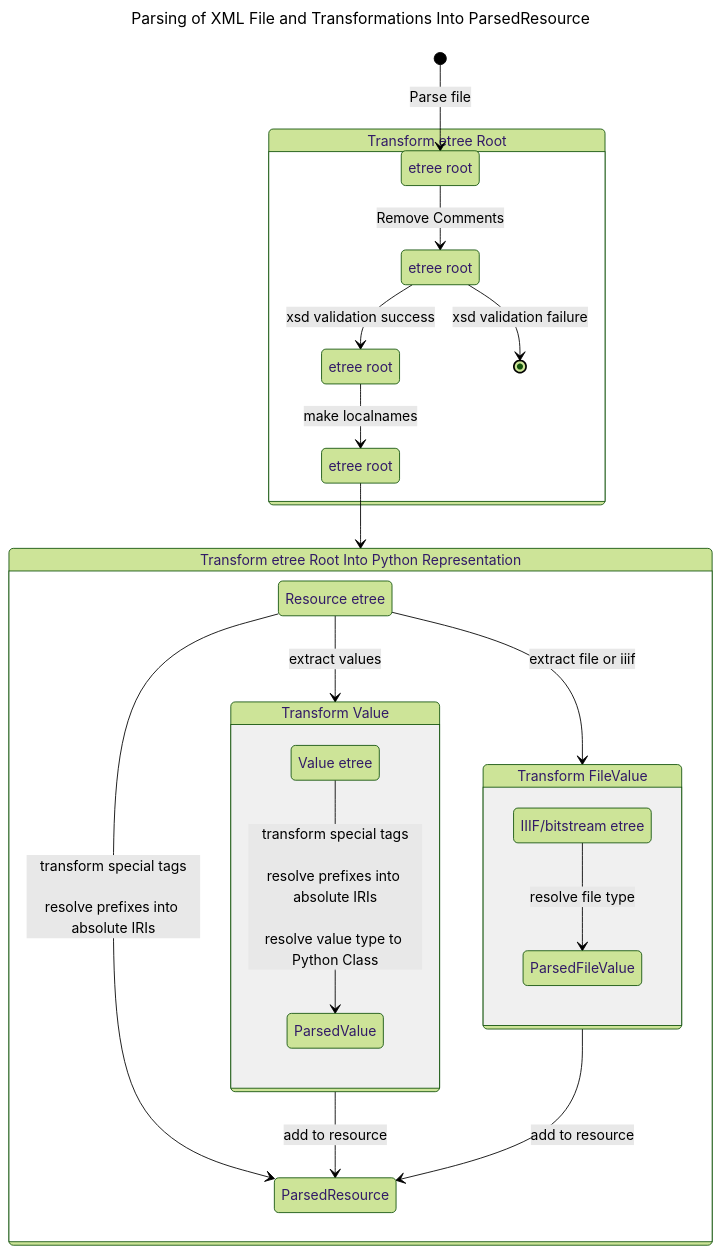
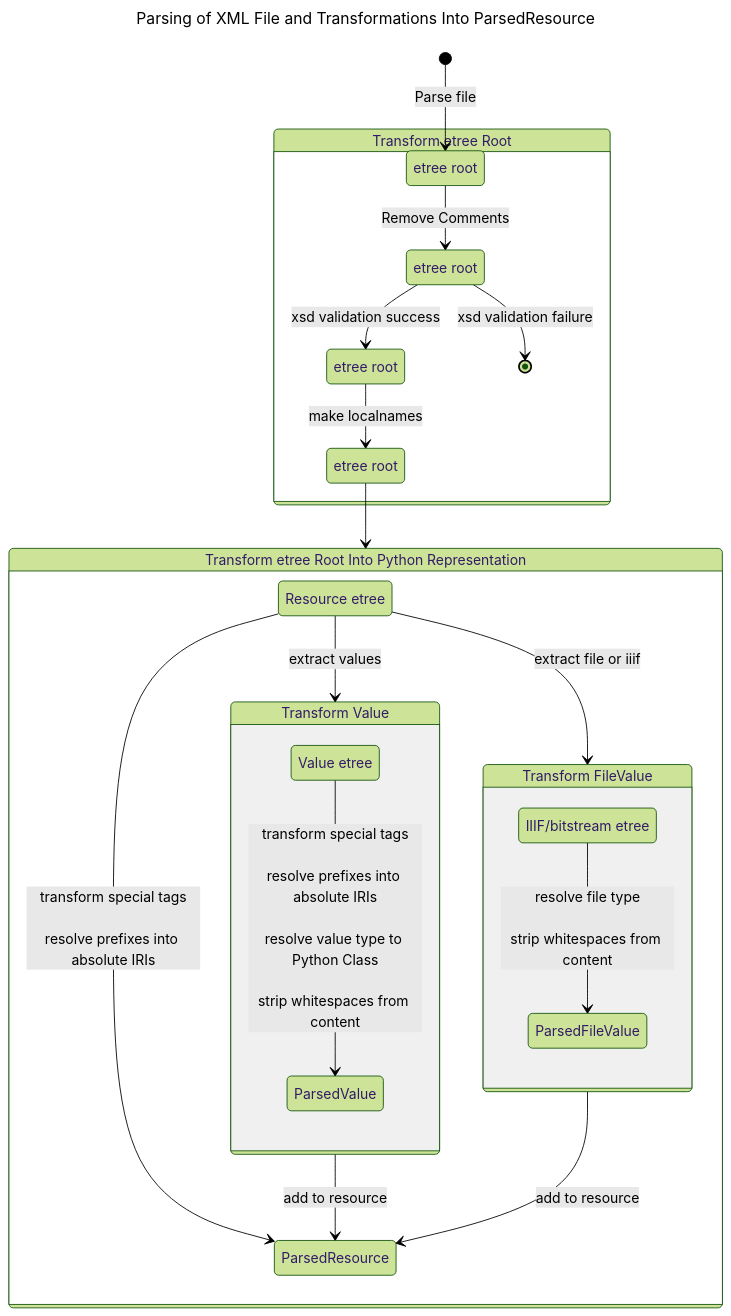
One commit to dasch-swiss/dsp-tools changed the second of 3 diagrams in docs/developers/architecture.md. Above: the diagram before and after it, drawn with Mermaid (forest theme).

Commit message:
update mermaid

````diff
--- a/docs/developers/architecture.md
+++ b/docs/developers/architecture.md
@@ -50,45 +50,45 @@
 ```mermaid
 ---
 title: Parsing of XML File and Transformations Into ParsedResource
 ---
 stateDiagram-v2
 state "Transform etree Root" as eroot
 state "Transform etree Root Into Python Representation" as transpy
 state "Resource etree" as resetree1
 state "ParsedResource" as respars
 state "Value etree" as valtree
 state "IIIF/bitstream etree" as filetree
 state "ParsedValue" as valpars
 state "ParsedFileValue" as filepars
 state "Transform Value" as transval
 state "Transform FileValue" as transfile
 
 [*]-->r1: Parse file
 
 r4-->transpy
     state eroot {
         state "etree root" as r1
         state "etree root" as r2
         state "etree root" as r3
         state "etree root" as r4
         r1-->r2: Remove Comments
         r2-->[*]: xsd validation failure
         r2-->r3: xsd validation success
         r3-->r4: make localnames
     }
     state transpy {
         resetree1-->transval: extract values
         resetree1-->transfile: extract file or iiif
         resetree1-->respars: transform special tags<br/><br/>resolve prefixes into absolute IRIs
 
         state transval {
-            valtree-->valpars: transform special tags<br/><br/>resolve prefixes into absolute IRIs<br/><br/>resolve value type to Python Class
+            valtree-->valpars: transform special tags<br/><br/>resolve prefixes into absolute IRIs<br/><br/>resolve value type to Python Class<br/><br/>strip whitespaces from content
         }
         transval-->respars: add to resource
 
         state transfile {
-            filetree-->filepars: resolve file type
+            filetree-->filepars: resolve file type<br/><br/>strip whitespaces from content
         }
         transfile-->respars: add to resource
     }
 ```
````
